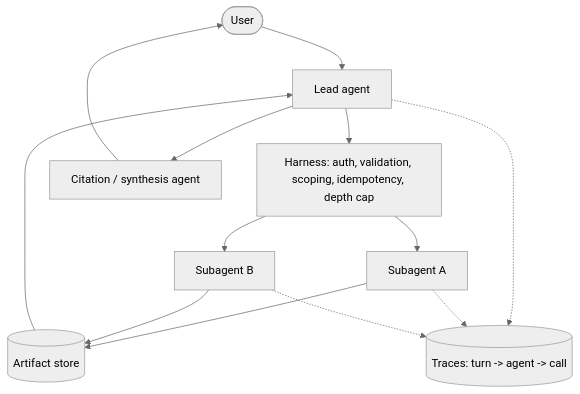
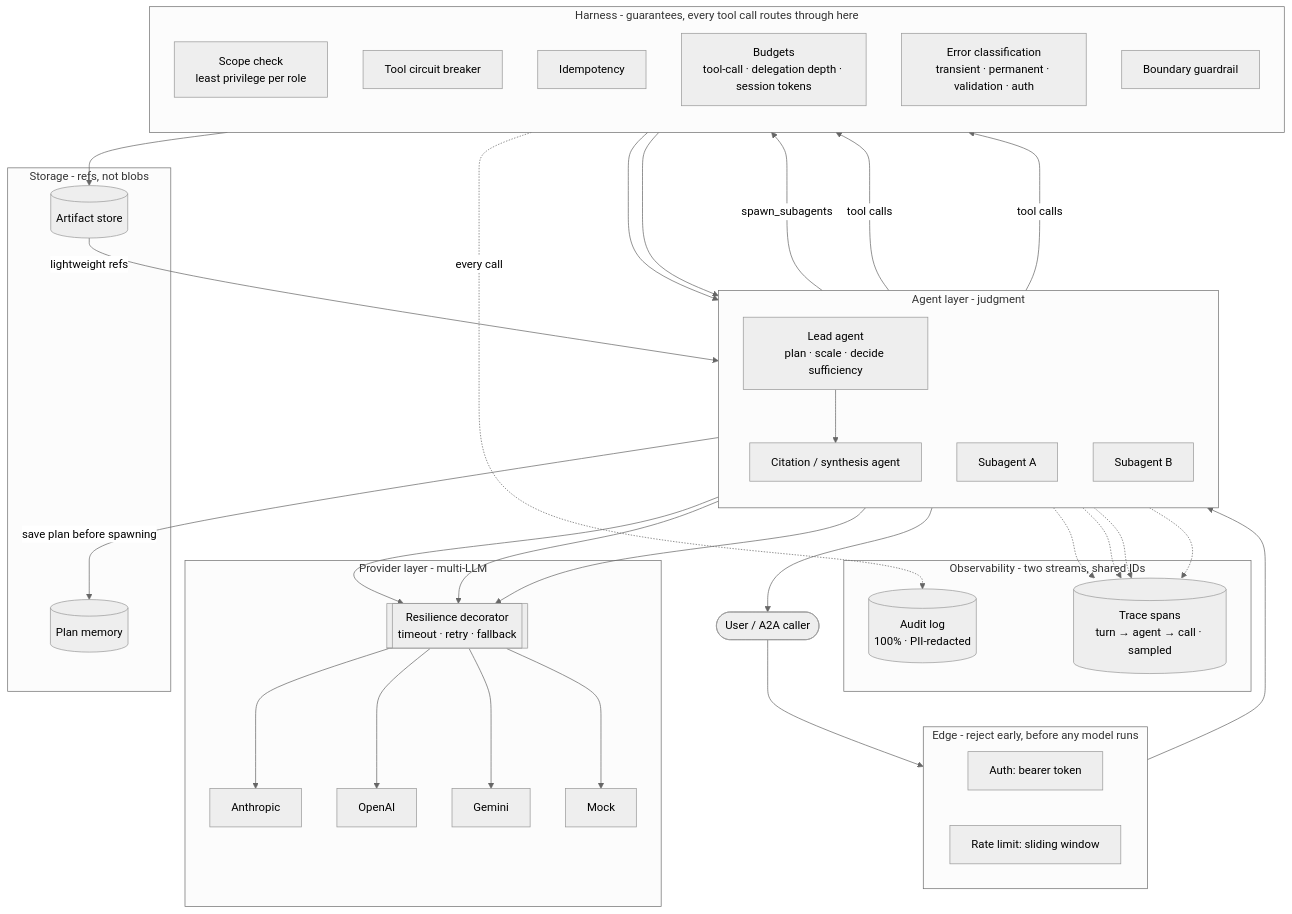
The first of 2 diagrams in docs/src/content/docs/architecture.md (routsom/agent-primitives), drawn with Mermaid (neutral theme) before and after one commit. The commit also changed other lines of this file and 80 other files, not shown here.

````diff
--- a/docs/src/content/docs/architecture.md
+++ b/docs/src/content/docs/architecture.md
@@ -20,15 +26,59 @@
 ```mermaid
 flowchart TB
-    User([User]) --> Lead[Lead agent]
-    Lead --> Harness[Harness: auth, validation, scoping, idempotency, depth cap]
-    Harness --> SubA[Subagent A]
-    Harness --> SubB[Subagent B]
-    SubA --> Artifacts[(Artifact store)]
-    SubB --> Artifacts
-    Artifacts --> Lead
-    Lead --> Citation[Citation / synthesis agent]
-    Citation --> User
-    Lead -.-> Trace[(Traces: turn -> agent -> call)]
-    SubA -.-> Trace
-    SubB -.-> Trace
+    User([User / A2A caller])
+
+    subgraph Edge["Edge - reject early, before any model runs"]
+        direction LR
+        Auth[Auth: bearer token]
+        Rate[Rate limit: sliding window]
+    end
+
+    subgraph Agents["Agent layer - judgment"]
+        direction TB
+        Lead[Lead agent<br/>plan · scale · decide sufficiency]
+        SubA[Subagent A]
+        SubB[Subagent B]
+        Citation[Citation / synthesis agent]
+    end
+
+    subgraph Providers["Provider layer - multi-LLM"]
+        Resilience[[Resilience decorator<br/>timeout · retry · fallback]]
+        Anthropic[Anthropic]
+        OpenAI[OpenAI]
+        Gemini[Gemini]
+        Mock[Mock]
+    end
+
+    subgraph HarnessLayer["Harness - guarantees, every tool call routes through here"]
+        direction TB
+        Scope[Scope check<br/>least privilege per role]
+        Breaker[Tool circuit breaker]
+        Idem[Idempotency]
+        Budgets[Budgets<br/>tool-call · delegation depth · session tokens]
+        Classify[Error classification<br/>transient · permanent · validation · auth]
+        Sanitize[Boundary guardrail]
+    end
+
+    subgraph Storage["Storage - refs, not blobs"]
+        Artifacts[(Artifact store)]
+        PlanMem[(Plan memory)]
+    end
+
+    subgraph Obs["Observability - two streams, shared IDs"]
+        Audit[(Audit log<br/>100% · PII-redacted)]
+        Trace[(Trace spans<br/>turn → agent → call · sampled)]
+    end
+
+    User --> Edge --> Lead
+    Lead -->|spawn_subagents| HarnessLayer
+    HarnessLayer --> SubA & SubB
+    Lead & SubA & SubB --> Resilience
+    Resilience --> Anthropic & OpenAI & Gemini & Mock
+    SubA & SubB -->|tool calls| HarnessLayer
+    HarnessLayer --> Artifacts
+    Lead -->|save plan before spawning| PlanMem
+    Artifacts -->|lightweight refs| Lead
+    Lead --> Citation --> User
+    HarnessLayer -.->|every call| Audit
+    Lead & SubA & SubB & Citation -.-> Trace
 ```
````
